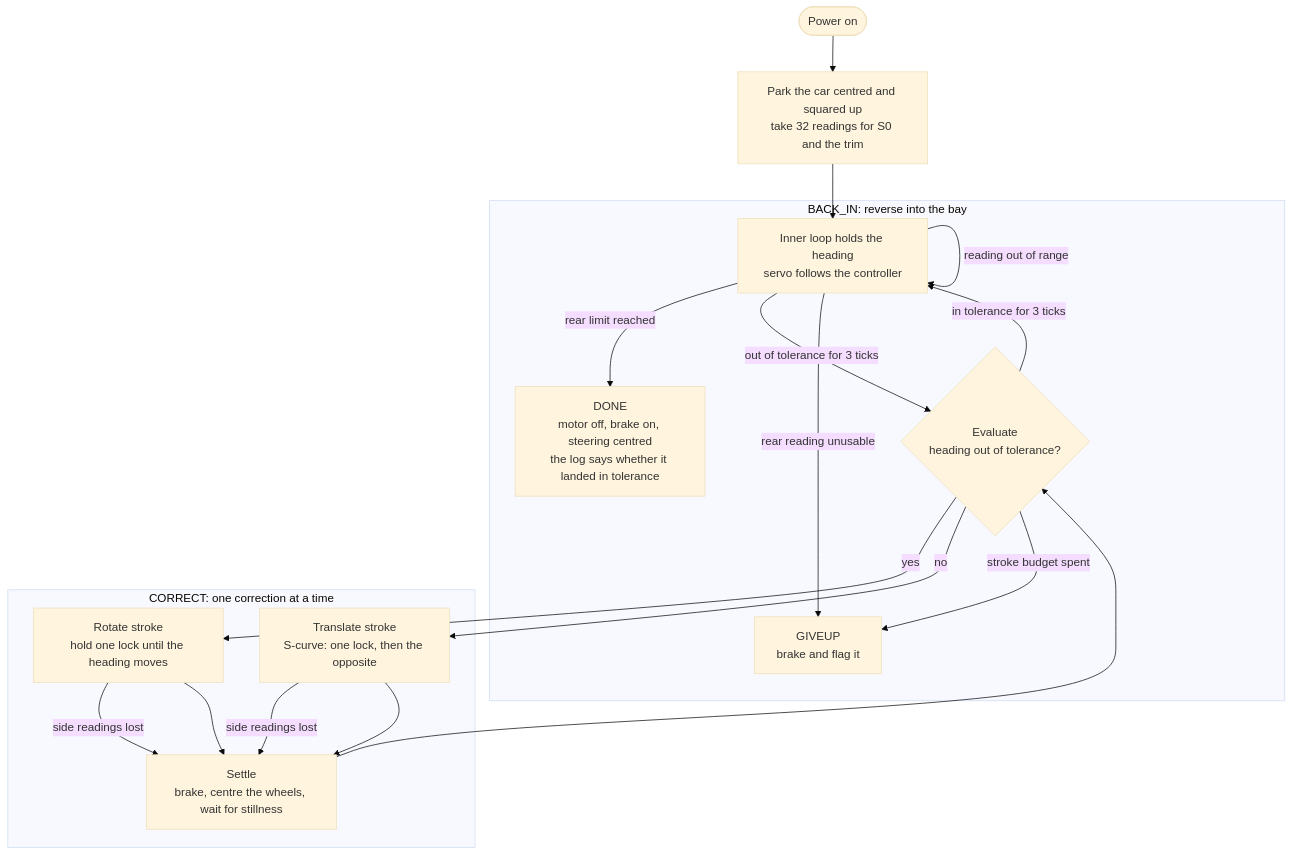
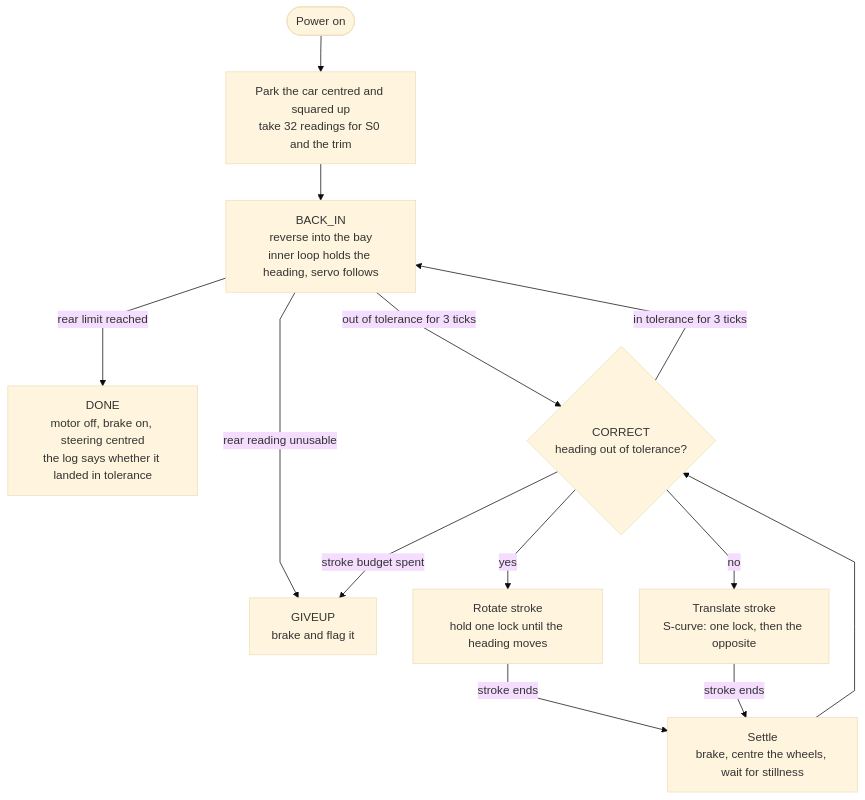
One commit to AndrewKHalim/Self-Parking-Car changed the first of 2 diagrams in README.md. Above: the diagram before and after it, drawn with Mermaid (base theme). The commit also changed other lines of this file and 17 other files, not shown here.

````diff
--- a/README.md
+++ b/README.md
@@ -243,26 +195,16 @@
 ```mermaid
+%%{init: {'flowchart': {'curve': 'linear'}}}%%
 flowchart TD
     start([Power on]) --> cal["Park the car centred and squared up<br/>take 32 readings for S0 and the trim"]
-    cal --> backin
-
-    subgraph reversing ["BACK_IN: reverse into the bay"]
-        backin["Inner loop holds the heading<br/>servo follows the controller"]
-        backin -->|"rear limit reached"| done["DONE<br/>motor off, brake on, steering centred<br/>the log says whether it landed in tolerance"]
-        backin -->|"out of tolerance for 3 ticks"| correct
-        backin -->|"rear reading unusable"| giveup
-        backin -->|"reading out of range"| backin
-    end
-
-    subgraph correcting ["CORRECT: one correction at a time"]
-        correct{"Evaluate<br/>heading out of tolerance?"}
-        correct -->|yes| rotate["Rotate stroke<br/>hold one lock until the heading moves"]
-        correct -->|no| translate["Translate stroke<br/>S-curve: one lock, then the opposite"]
-        rotate -->|"side readings lost"| settle
-        translate -->|"side readings lost"| settle
-        rotate --> settle
-        translate --> settle
-        settle["Settle<br/>brake, centre the wheels, wait for stillness"] --> correct
-        correct -->|"in tolerance for 3 ticks"| backin
-        correct -->|"stroke budget spent"| giveup["GIVEUP<br/>brake and flag it"]
-    end
+    cal --> backin["BACK_IN<br/>reverse into the bay<br/>inner loop holds the heading, servo follows"]
+    backin -->|"rear limit reached"| done["DONE<br/>motor off, brake on, steering centred<br/>the log says whether it landed in tolerance"]
+    backin -->|"out of tolerance for 3 ticks"| correct{"CORRECT<br/>heading out of tolerance?"}
+    backin -->|"rear reading unusable"| giveup["GIVEUP<br/>brake and flag it"]
+    correct -->|yes| rotate["Rotate stroke<br/>hold one lock until the heading moves"]
+    correct -->|no| translate["Translate stroke<br/>S-curve: one lock, then the opposite"]
+    rotate -->|"stroke ends"| settle
+    translate -->|"stroke ends"| settle
+    settle["Settle<br/>brake, centre the wheels, wait for stillness"] --> correct
+    correct -->|"in tolerance for 3 ticks"| backin
+    correct -->|"stroke budget spent"| giveup
 ```
````
